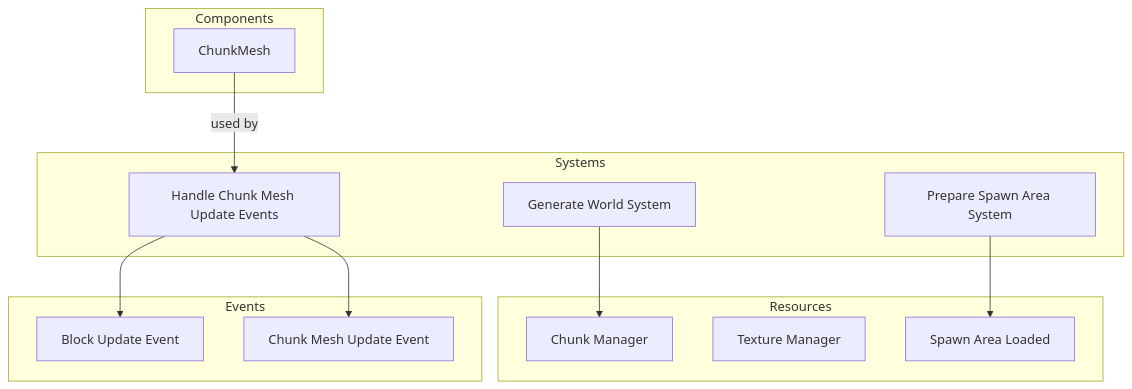
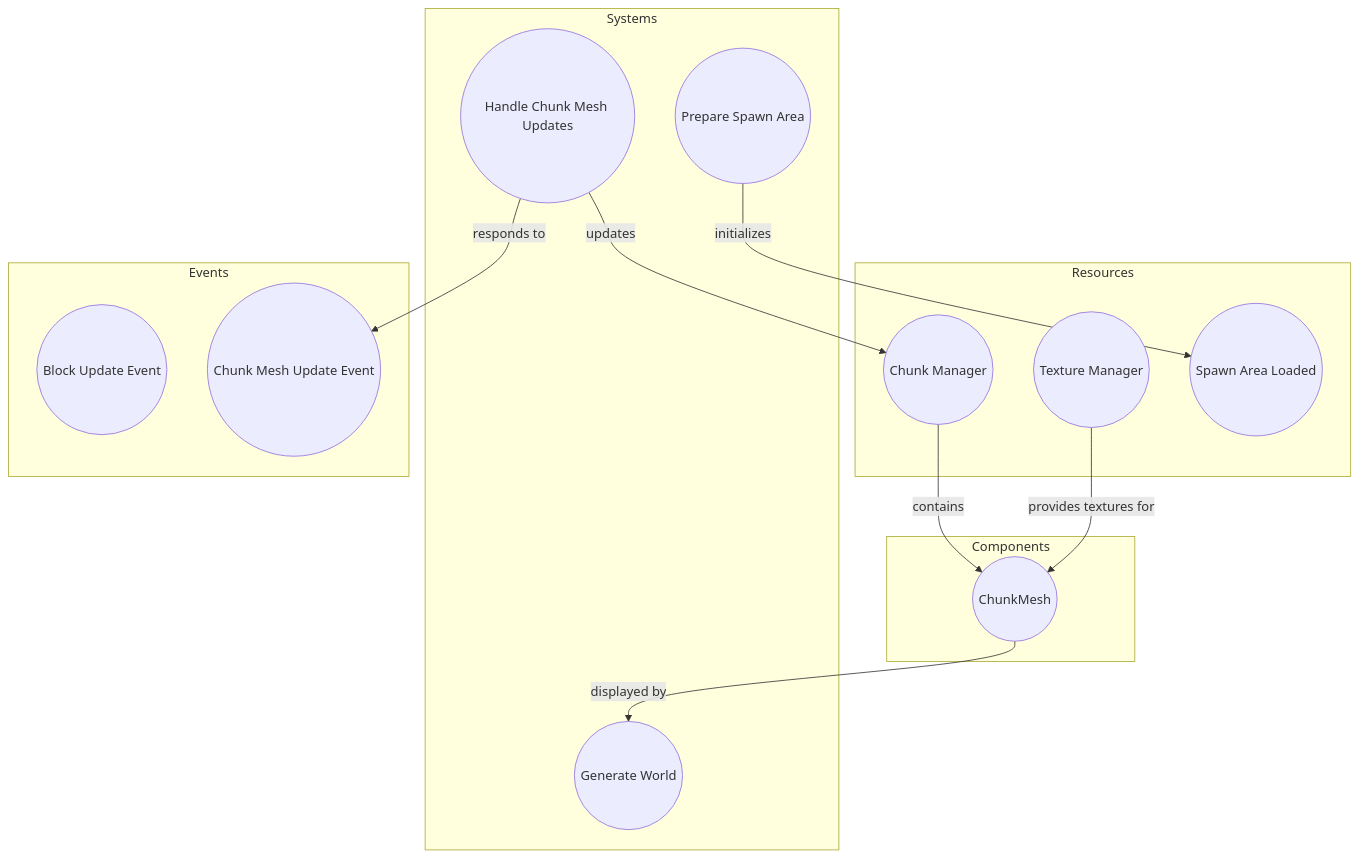
Before and after one commit to CuddlyBunion341/rsmc: the diagram in docs/client/terrain.md, drawn with Mermaid. The commit also changed other lines of this file and 12 other files, not shown here.

````diff
--- a/docs/client/terrain.md
+++ b/docs/client/terrain.md
@@ -9,29 +10,30 @@
 ```mermaid
 graph TD
     subgraph Components
-        ChunkMesh[ChunkMesh]
+        ChunkMesh((ChunkMesh))
     end
 
     subgraph Systems
-        PrepareSpawnArea[Prepare Spawn Area System]
-        GenerateWorld[Generate World System]
-        HandleChunkMeshUpdate[Handle Chunk Mesh Update Events]
+        PrepareSpawnAreaSystem((Prepare Spawn Area))
+        GenerateWorldSystem((Generate World))
+        HandleChunkMeshUpdateEvents((Handle Chunk Mesh Updates))
     end
 
     subgraph Resources
-        ChunkManager[Chunk Manager]
-        TextureManager[Texture Manager]
-        SpawnAreaLoaded[Spawn Area Loaded]
+        ChunkManager((Chunk Manager))
+        TextureManager((Texture Manager))
+        SpawnAreaLoaded((Spawn Area Loaded))
     end
 
     subgraph Events
-        BlockUpdateEvent[Block Update Event]
-        ChunkMeshUpdateEvent[Chunk Mesh Update Event]
+        BlockUpdateEvent((Block Update Event))
+        ChunkMeshUpdateEvent((Chunk Mesh Update Event))
     end
 
-    ChunkMesh -->|used by| HandleChunkMeshUpdate
-    HandleChunkMeshUpdate --> BlockUpdateEvent
-    HandleChunkMeshUpdate --> ChunkMeshUpdateEvent
-    PrepareSpawnArea --> SpawnAreaLoaded
-    GenerateWorld --> ChunkManager
+    ChunkManager -->|contains| ChunkMesh
+    TextureManager -->|provides textures for| ChunkMesh
+    ChunkMesh -->|displayed by| GenerateWorldSystem
+    PrepareSpawnAreaSystem -->|initializes| SpawnAreaLoaded
+    HandleChunkMeshUpdateEvents -->|responds to| ChunkMeshUpdateEvent
+    HandleChunkMeshUpdateEvents -->|updates| ChunkManager 
 ```
````
